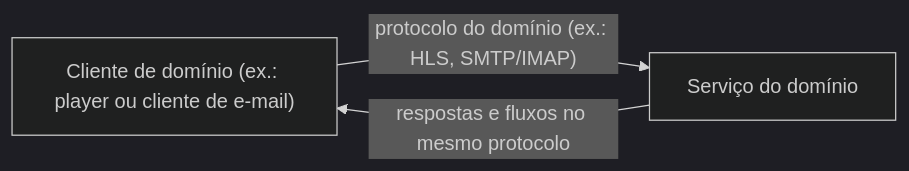
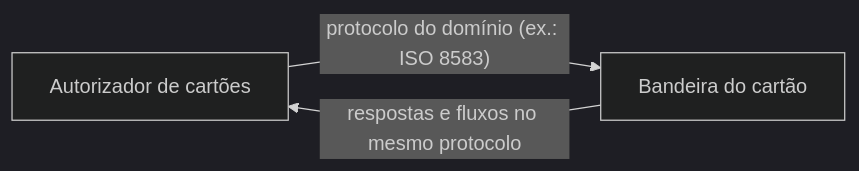
Before and after one commit to alancesar/design-patterns: the diagram in docs/architecture/microservices/communication-styles/domain-specific-protocol.md, drawn with Mermaid (dark theme). The commit also changed other lines of this file and 27 other files, not shown here.

Commit message:
Switch microservices concrete diagrams to fintech scenarios

````diff
--- a/docs/architecture/microservices/communication-styles/domain-specific-protocol.md
+++ b/docs/architecture/microservices/communication-styles/domain-specific-protocol.md
@@ -48,5 +48,5 @@
 ```mermaid
 flowchart LR
-    C["Cliente de domínio (ex.: player ou cliente de e-mail)"] -->|"protocolo do domínio (ex.: HLS, SMTP/IMAP)"| S["Serviço do domínio"]
+    C["Autorizador de cartões"] -->|"protocolo do domínio (ex.: ISO 8583)"| S["Bandeira do cartão"]
     S -->|"respostas e fluxos no mesmo protocolo"| C
 ```
````
